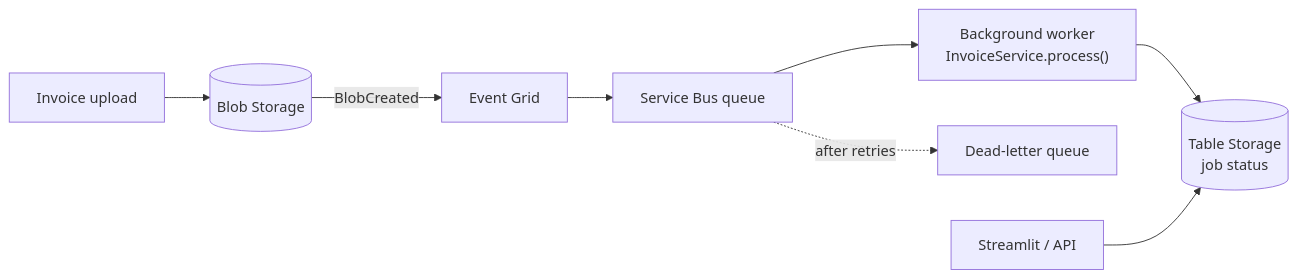
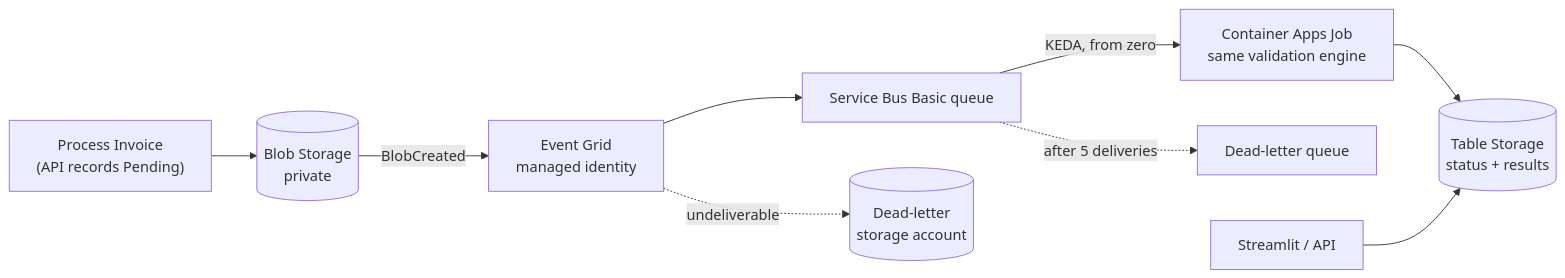
The second of 2 diagrams in README.md (boardwalkempress00-oss/invoiceiq-ai-copilot), drawn with Mermaid before and after one commit. The commit also changed other lines of this file and 7 other files, not shown here.

````diff
--- a/README.md
+++ b/README.md
@@ -298,10 +336,11 @@
 ```mermaid
 flowchart LR
-    upload["Invoice upload"] --> blob[("Blob Storage")]
-    blob -- "BlobCreated" --> eg["Event Grid"]
-    eg --> sb["Service Bus queue"]
-    sb --> worker["Background worker<br/>InvoiceService.process()"]
-    sb -. "after retries" .-> dlq["Dead-letter queue"]
-    worker --> jobs[("Table Storage<br/>job status")]
+    upload["Process Invoice<br/>(API records Pending)"] --> blob[("Blob Storage<br/>private")]
+    blob -- "BlobCreated" --> eg["Event Grid<br/>managed identity"]
+    eg --> sb["Service Bus Basic queue"]
+    eg -. "undeliverable" .-> egdl[("Dead-letter<br/>storage account")]
+    sb -- "KEDA, from zero" --> worker["Container Apps Job<br/>same validation engine"]
+    sb -. "after 5 deliveries" .-> dlq["Dead-letter queue"]
+    worker --> jobs[("Table Storage<br/>status + results")]
     ui["Streamlit / API"] --> jobs
 ```
````
